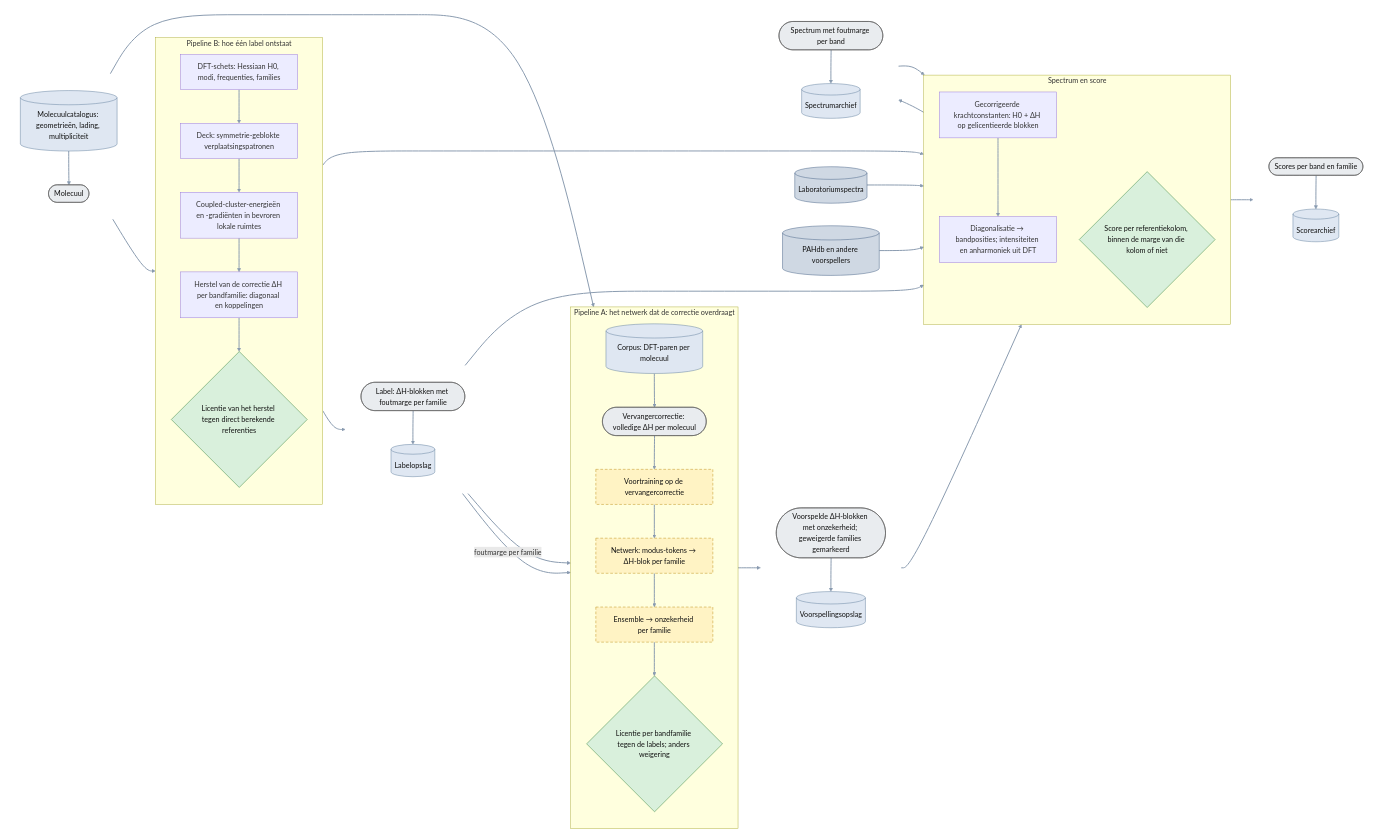
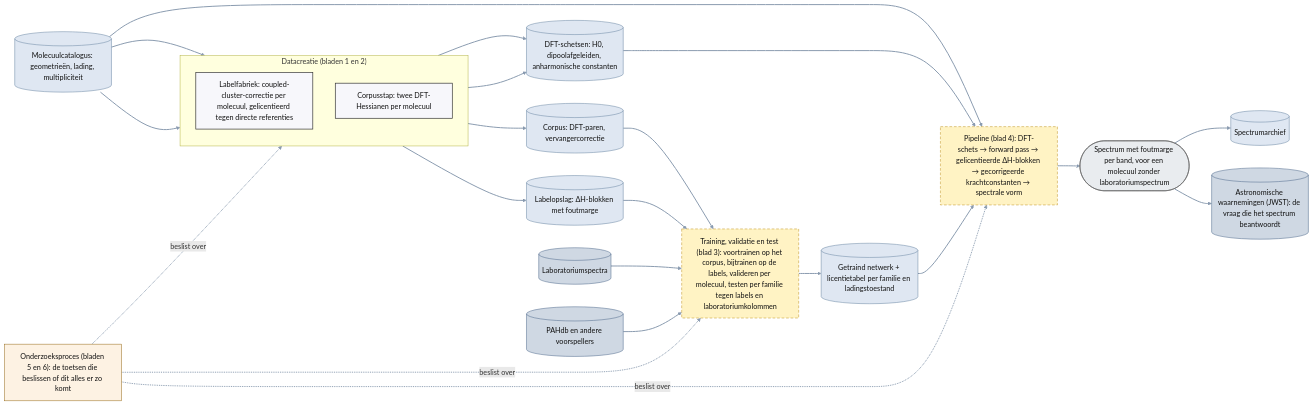
One commit to thebreadishard/udacity-capstone-plan changed the diagram in plans/05_delta-probed-ir-pipeline/GoalGathering/architecture/00_overzicht.mmd. Above: the diagram before and after it, drawn with Mermaid. The commit also changed 7 other files, not shown here.

Commit message:
Plan 05 architecture: four kinds of diagram separated (data creation: labels + corpus; training/validation/test with the score as the test; pipeline with the forward pass as one box, a spectral-shape step and the JWST endpoint; research process); overview of the four with their stores

```diff
--- a/plans/05_delta-probed-ir-pipeline/GoalGathering/architecture/00_overzicht.mmd
+++ b/plans/05_delta-probed-ir-pipeline/GoalGathering/architecture/00_overzicht.mmd
@@ -1,91 +1,51 @@
-%% Doelarchitectuur plan 05 — overzicht (niveau 2). Het systeem zoals het staat als de toetsen ja zeggen.
-%% Rechthoek = processtap; ronde uiteinden = data-object; cilinder = opslag; ruit = poort. Gestippeld = nog niet gebouwd. Pijlen zijn datastromen.
+%% Overzicht plan 05 (niveau 1): vier soorten proces en de opslagen die ze verbinden. Stand 20 september 2026.
+%% Rechthoek = proces (hier: een heel blad); cilinder = opslag; ronde uiteinden = data-object; pijl = datastroom. Gestippeld = nog niet gebouwd.
 flowchart LR
   linkStyle default stroke:#8a9bb0,stroke-width:2.2px
   classDef planned stroke-dasharray: 6 4,stroke:#b8860b,fill:#fff3c4,color:#111
   classDef ext fill:#cfd8e3,stroke:#3d5a80,color:#111
   classDef data fill:#e9ecef,stroke:#555,color:#111
-  classDef gate fill:#d9f0dc,stroke:#2e7d32,color:#111
   classDef store fill:#dfe7f2,stroke:#5b7a99,color:#111
+  classDef proc fill:#f7f7fb,stroke:#333,stroke-width:1.5px,color:#111
+  classDef research fill:#fdf2e3,stroke:#8a5a00,color:#111
 
-  subgraph IN [" "]
+  CAT[("Molecuulcatalogus: geometrieën, lading, multipliciteit")]:::store
+
+  subgraph DC["Datacreatie (bladen 1 en 2)"]
     direction TB
-    MOL(["Molecuul"]):::data
-    CAT[("Molecuulcatalogus: geometrieën, lading, multipliciteit")]:::store
-    CAT --> MOL
+    LABF["Labelfabriek: coupled-cluster-correctie per molecuul, gelicentieerd tegen directe referenties"]:::proc
+    CORPF["Corpusstap: twee DFT-Hessianen per molecuul"]:::proc
   end
+  LABELS[("Labelopslag: ΔH-blokken met foutmarge")]:::store
+  CORPUS[("Corpus: DFT-paren, vervangercorrectie")]:::store
+  SKETCHES[("DFT-schetsen: H0, dipoolafgeleiden, anharmonische constanten")]:::store
 
-  subgraph B["Pipeline B: hoe één label ontstaat"]
-    direction TB
-    DFT["DFT-schets: Hessiaan H0, modi, frequenties, families"]
-    DECK["Deck: symmetrie-geblokte verplaatsingspatronen"]
-    LNO["Coupled-cluster-energieën en -gradiënten in bevroren lokale ruimtes"]
-    REC["Herstel van de correctie ΔH per bandfamilie: diagonaal en koppelingen"]
-    LIC1{"Licentie van het herstel tegen direct berekende referenties"}:::gate
-    DFT --> DECK --> LNO --> REC --> LIC1
-  end
-  subgraph LB [" "]
-    direction TB
-    LAB1(["Label: ΔH-blokken met foutmarge per familie"]):::data
-    LABELS[("Labelopslag")]:::store
-    LAB1 --> LABELS
-  end
-
-  subgraph A["Pipeline A: het netwerk dat de correctie overdraagt"]
-    direction TB
-    PROXY(["Vervangercorrectie: volledige ΔH per molecuul"]):::data
-    CORPUS[("Corpus: DFT-paren per molecuul")]:::store
-    PRE["Voortraining op de vervangercorrectie"]:::planned
-    NET["Netwerk: modus-tokens → ΔH-blok per familie"]:::planned
-    ENS["Ensemble → onzekerheid per familie"]:::planned
-    LIC2{"Licentie per bandfamilie tegen de labels; anders weigering"}:::gate
-    CORPUS --> PROXY --> PRE --> NET --> ENS --> LIC2
-  end
-  subgraph PB [" "]
-    direction TB
-    PRED(["Voorspelde ΔH-blokken met onzekerheid; geweigerde families gemarkeerd"]):::data
-    PREDS[("Voorspellingsopslag")]:::store
-    PRED --> PREDS
-  end
-
-  subgraph S["Spectrum en score"]
-    direction TB
-    CORR["Gecorrigeerde krachtconstanten: H0 + ΔH op gelicentieerde blokken"]
-    DIAG["Diagonalisatie → bandposities; intensiteiten en anharmoniek uit DFT"]
-    SB{"Score per referentiekolom, binnen de marge van die kolom of niet"}:::gate
-    CORR --> DIAG
-  end
-  subgraph SP [" "]
-    direction TB
-    SPEC(["Spectrum met foutmarge per band"]):::data
-    SPECS[("Spectrumarchief")]:::store
-    SPEC --> SPECS
-  end
-  subgraph RS [" "]
-    direction TB
-    RES(["Scores per band en familie"]):::data
-    RESS[("Scorearchief")]:::store
-    RES --> RESS
-  end
+  TRAIN["Training, validatie en test (blad 3): voortrainen op het corpus, bijtrainen op de labels, valideren per molecuul, testen per familie tegen labels en laboratoriumkolommen"]:::planned
+  MODEL[("Getraind netwerk + licentietabel per familie en ladingstoestand")]:::store
   LABDB[("Laboratoriumspectra")]:::ext
   PAHDB[("PAHdb en andere voorspellers")]:::ext
-  style IN fill:none,stroke:none
-  style LB fill:none,stroke:none
-  style PB fill:none,stroke:none
-  style SP fill:none,stroke:none
-  style RS fill:none,stroke:none
 
-  MOL --> DFT
-  MOL --> CORPUS
-  LIC1 --> LAB1
-  LABELS --> NET
-  LABELS -- "foutmarge per familie" --> LIC2
-  LIC2 --> PRED
-  LABELS --> CORR
-  PREDS --> CORR
-  DFT --> CORR
-  DIAG --> SPEC
-  SPEC --> SB
-  LABDB --> SB
-  PAHDB --> SB
-  SB --> RES
+  PIPE["Pipeline (blad 4): DFT-schets → forward pass → gelicentieerde ΔH-blokken → gecorrigeerde krachtconstanten → spectrale vorm"]:::planned
+  SPEC(["Spectrum met foutmarge per band, voor een molecuul zonder laboratoriumspectrum"]):::data
+  SPECS[("Spectrumarchief")]:::store
+  JWST[("Astronomische waarnemingen (JWST): de vraag die het spectrum beantwoordt")]:::ext
+
+  RES["Onderzoeksproces (bladen 5 en 6): de toetsen die beslissen of dit alles er zo komt"]:::research
+
+  CAT --> LABF --> LABELS
+  CAT --> CORPF --> CORPUS
+  CORPF --> SKETCHES
+  LABF --> SKETCHES
+  CORPUS --> TRAIN
+  LABELS --> TRAIN
+  LABDB --> TRAIN
+  PAHDB --> TRAIN
+  TRAIN --> MODEL
+  CAT --> PIPE
+  SKETCHES --> PIPE
+  MODEL --> PIPE
+  PIPE --> SPEC --> SPECS
+  SPEC --> JWST
+  RES -. beslist over .-> DC
+  RES -. beslist over .-> TRAIN
+  RES -. beslist over .-> PIPE
```
